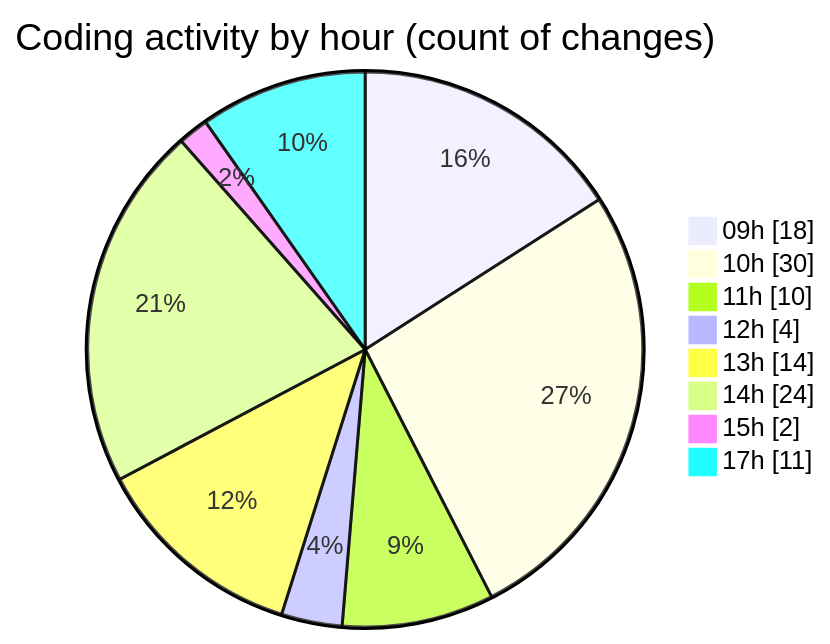
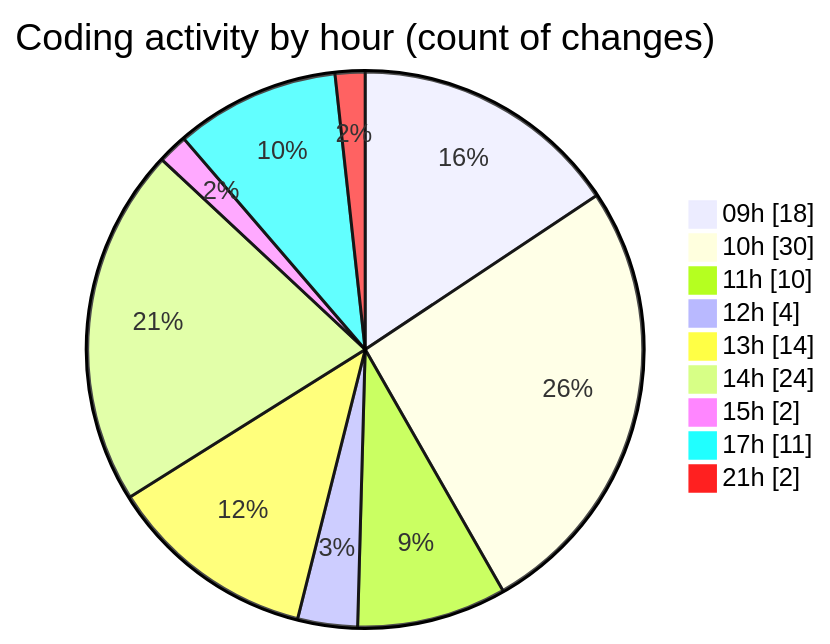
The second of 2 diagrams in 2026-09-23/cda/README.md (momahboobian/code-tracking), drawn with Mermaid before and after one commit. The commit also changed other lines of this file and 1 other file, not shown here.

````diff
--- a/2026-09-23/cda/README.md
+++ b/2026-09-23/cda/README.md
@@ -69,12 +69,13 @@
 ```mermaid
 pie showData
 title Coding activity by hour (count of changes)
 "09h" : 18
 "10h" : 30
 "11h" : 10
 "12h" : 4
 "13h" : 14
 "14h" : 24
 "15h" : 2
 "17h" : 11
+"21h" : 2
 ```
````
